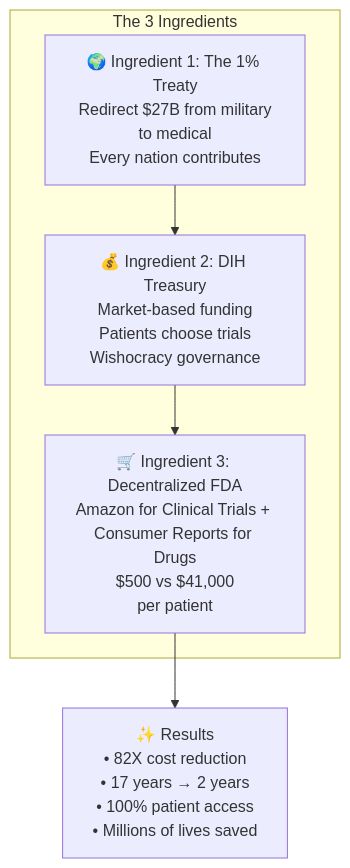
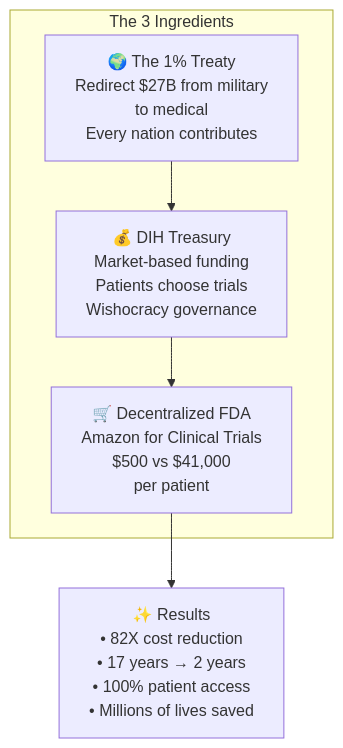
One commit to mikepsinn/disease-eradication-plan changed the second of 6 diagrams in index.qmd. Above: the diagram before and after it, drawn with Mermaid. The commit also changed other lines of this file, not shown here.

````diff
--- a/index.qmd
+++ b/index.qmd
@@ -164,14 +164,14 @@
 ```{mermaid}
 flowchart TB
     subgraph "The 3 Ingredients"
-        Treaty["🌍 Ingredient 1: The 1% Treaty<br/>Redirect $27B from military<br/>to medical<br/>Every nation contributes"]
+        Treaty["🌍 The 1% Treaty<br/>Redirect $27B from military<br/>to medical<br/>Every nation contributes"]
 
-        DIH["💰 Ingredient 2: DIH Treasury<br/>Market-based funding<br/>Patients choose trials<br/>Wishocracy governance"]
+        DIH["💰 DIH Treasury<br/>Market-based funding<br/>Patients choose trials<br/>Wishocracy governance"]
 
-        dFDA["🛒 Ingredient 3: Decentralized FDA<br/>Amazon for Clinical Trials + Consumer Reports for Drugs<br/>$500 vs $41,000<br/>per patient"]
+        dFDA["🛒 Decentralized FDA<br/>Amazon for Clinical Trials<br/>$500 vs $41,000<br/>per patient"]
     end
 
     Treaty --> DIH
     DIH --> dFDA
     dFDA --> Results["✨ Results<br/>• 82X cost reduction<br/>• 17 years → 2 years<br/>• 100% patient access<br/>• Millions of lives saved"]
 ```
````
